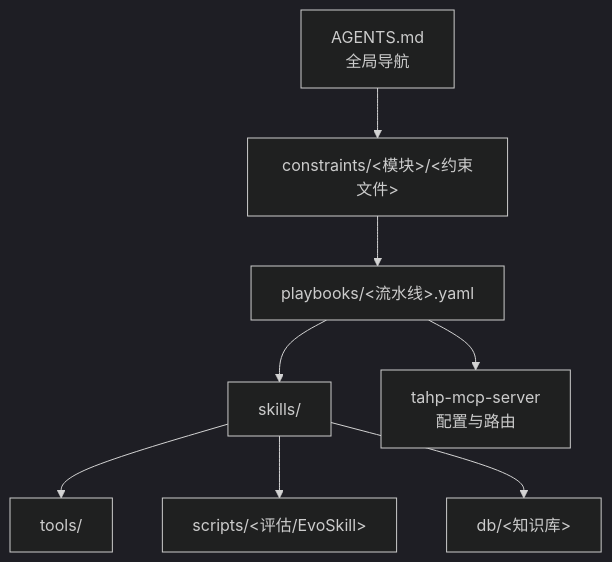
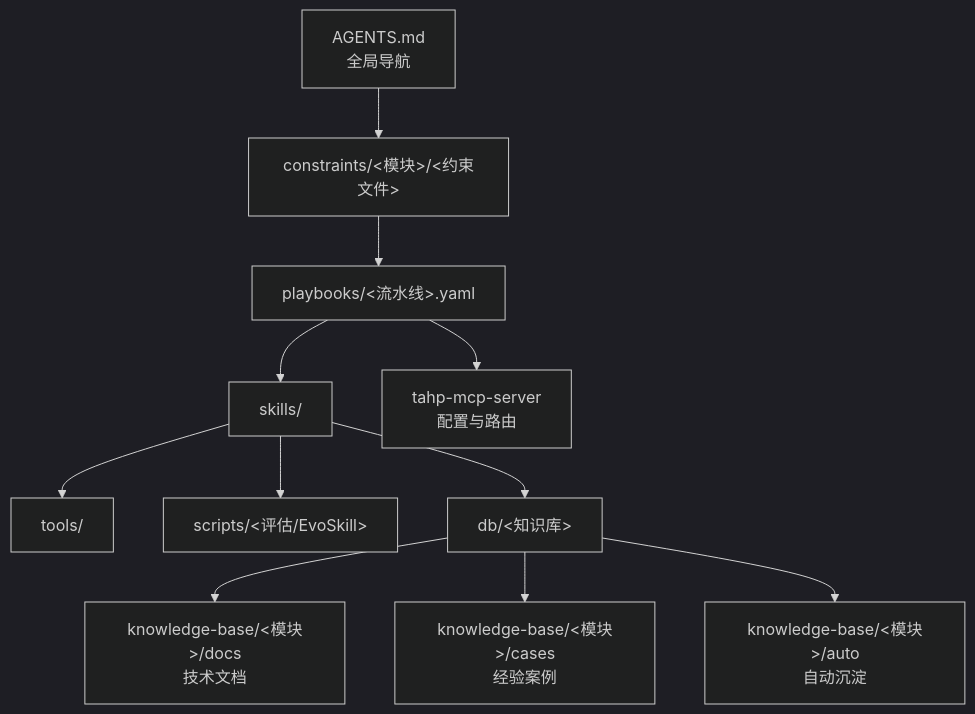
The first of 6 diagrams in .qoder/repowiki/zh/content/项目概述/系统架构总览.md (afcartevil/automated-test-script), drawn with Mermaid (dark theme) before and after one commit. The commit also changed other lines of this file and 650 other files, not shown here.

````diff
--- a/.qoder/repowiki/zh/content/项目概述/系统架构总览.md
+++ b/.qoder/repowiki/zh/content/项目概述/系统架构总览.md
@@ -50,10 +66,13 @@
 ```mermaid
 graph TB
 A["AGENTS.md<br/>全局导航"] --> B["constraints/<模块>/<约束文件>"]
 B --> C["playbooks/<流水线>.yaml"]
 C --> D["skills/<Skill>"]
 D --> E["tools/<MCP工具>"]
 D --> F["scripts/<评估/EvoSkill>"]
 D --> G["db/<知识库>"]
 C --> H["tahp-mcp-server<br/>配置与路由"]
+G --> I["knowledge-base/<模块>/docs<br/>技术文档"]
+G --> J["knowledge-base/<模块>/cases<br/>经验案例"]
+G --> K["knowledge-base/<模块>/auto<br/>自动沉淀"]
 ```
````
